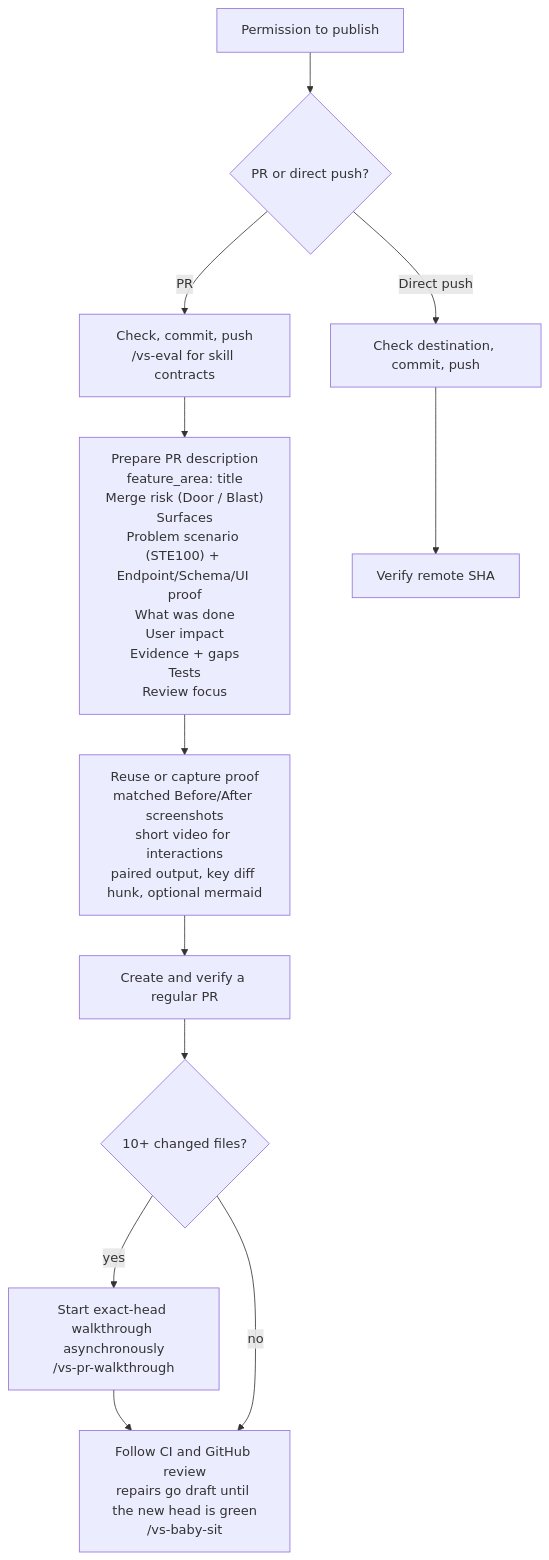
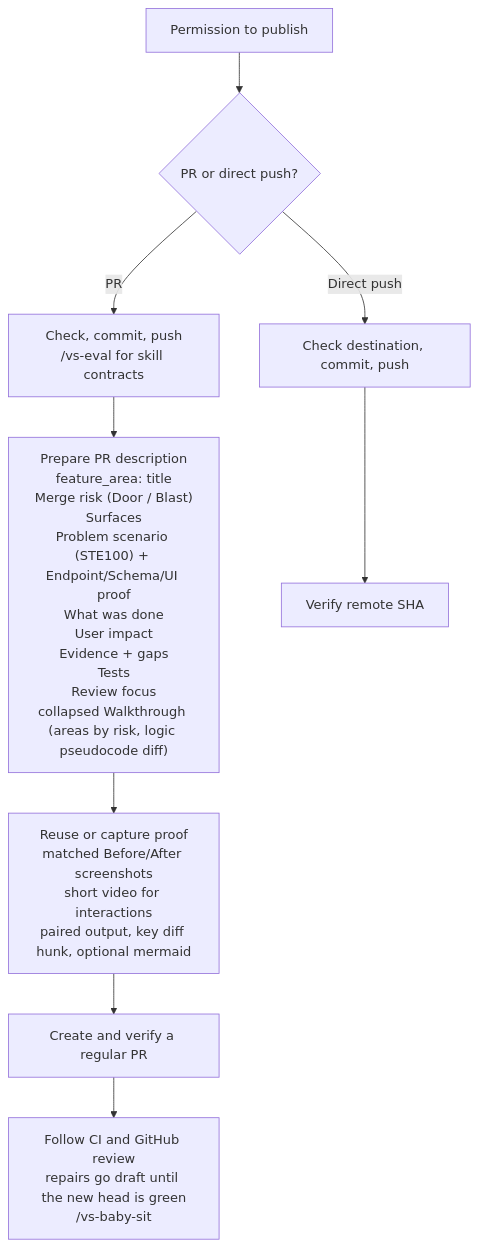
One commit to vltansky/vs changed the fourth of 4 diagrams in README.md. Above: the diagram before and after it, drawn with Mermaid. The commit also changed other lines of this file and 27 other files, not shown here.

Commit message:
feat(ship-it): collapsed Walkthrough section on every PR; remove /vs-pr-walkthrough

````diff
--- a/README.md
+++ b/README.md
@@ -103,11 +103,9 @@
 ```mermaid
 flowchart TD
     I[Permission to publish] --> D{PR or direct push?}
     D -- PR --> C["Check, commit, push<br/>/vs-eval for skill contracts"]
-    C --> B["Prepare PR description<br/>feature_area: title<br/>Merge risk (Door / Blast)<br/>Surfaces<br/>Problem scenario (STE100) + Endpoint/Schema/UI proof<br/>What was done<br/>User impact<br/>Evidence + gaps<br/>Tests<br/>Review focus"]
+    C --> B["Prepare PR description<br/>feature_area: title<br/>Merge risk (Door / Blast)<br/>Surfaces<br/>Problem scenario (STE100) + Endpoint/Schema/UI proof<br/>What was done<br/>User impact<br/>Evidence + gaps<br/>Tests<br/>Review focus<br/>collapsed Walkthrough (areas by risk, logic pseudocode diff)"]
     B --> M["Reuse or capture proof<br/>matched Before/After screenshots<br/>short video for interactions<br/>paired output, key diff hunk, optional mermaid"]
-    M --> O[Create and verify a regular PR] --> L{10+ changed files?}
-    L -- yes --> T["Start exact-head walkthrough asynchronously<br/>/vs-pr-walkthrough"] --> W["Follow CI and GitHub review<br/>repairs go draft until the new head is green<br/>/vs-baby-sit"]
-    L -- no --> W
+    M --> O[Create and verify a regular PR] --> W["Follow CI and GitHub review<br/>repairs go draft until the new head is green<br/>/vs-baby-sit"]
     D -- Direct push --> F[Check destination, commit, push] --> S[Verify remote SHA]
 ```
````
